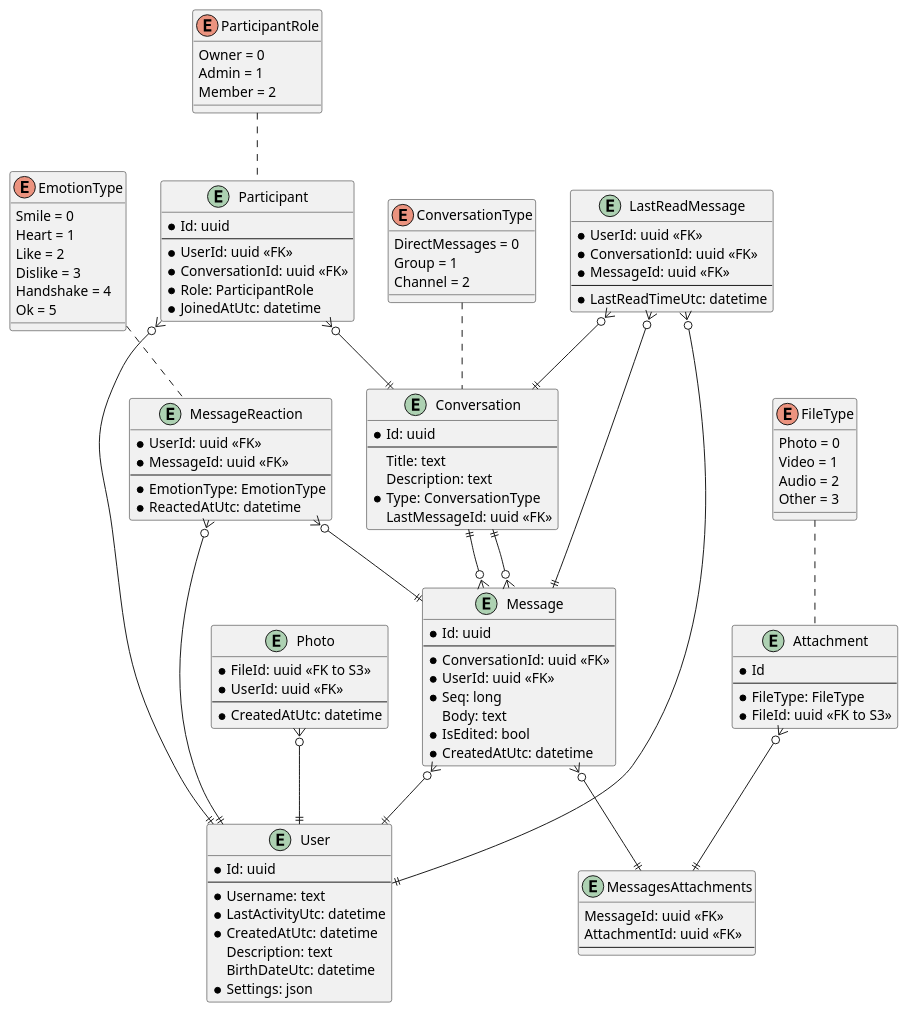
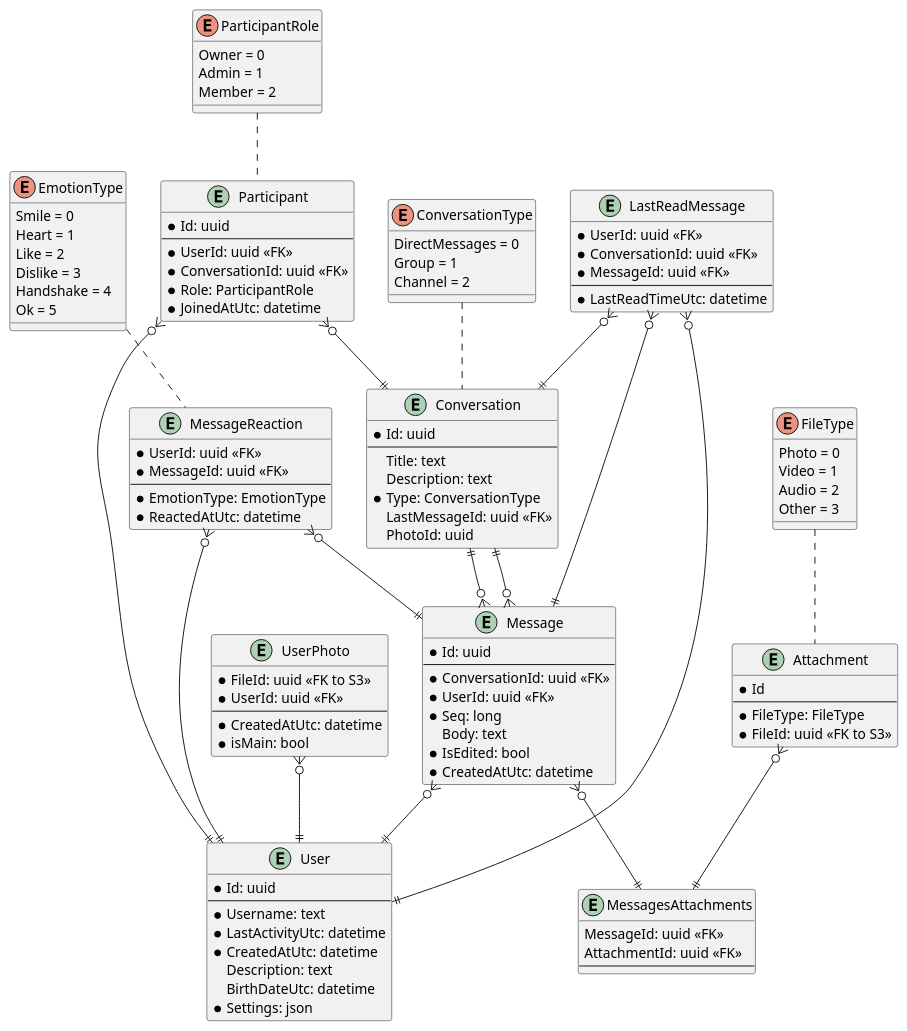
Before and after one commit to dkovban/pet-chat: the diagram in Docs/PetChat.DatabaseDesign/DbDesign.puml, drawn with PlantUML. The commit also changed 9 other files, not shown here.

```diff
--- a/Docs/PetChat.DatabaseDesign/DbDesign.puml
+++ b/Docs/PetChat.DatabaseDesign/DbDesign.puml
@@ -1,134 +1,136 @@
 @startuml USD
 
 enum ConversationType {
     DirectMessages = 0
     Group = 1
     Channel = 2
 }
 
 enum ParticipantRole {
     Owner = 0
     Admin = 1
     Member = 2
 }
 
 enum EmotionType {
     Smile = 0
     Heart = 1
     Like = 2
     Dislike = 3
     Handshake = 4
     Ok = 5
 }
 
 enum FileType {
     Photo = 0
     Video = 1
     Audio = 2
     Other = 3
 }
 
 entity User {
     * Id: uuid                                  /' Id пользователя '/
     --
     * Username: text                            /' Никнейм пользователя '/
     * LastActivityUtc: datetime                 /' Время последней активности пользователя '/
     * CreatedAtUtc: datetime                    /' Время регистрации аккаунта '/
     Description: text                           /' Описание пользователя '/
     BirthDateUtc: datetime                      /' Дата рождения пользователя '/
     * Settings: json                            /' Личные настройки пользователя '/
 }
 
 entity Conversation {
     * Id: uuid                                  /' Id разговора '/
     --
     Title: text                                 /' Наименование разговора '/
     Description: text                           /' Описание разговора '/
     * Type: ConversationType                    /' Тип разговора '/
     LastMessageId: uuid <<FK>>                  /' Id последнего сообщения в разговоре '/
+    PhotoId: uuid                               /' Id фотографии чата в S3 '/
 }
 
 entity Participant {
     * Id: uuid                                  /' Id участника разговора '/
     --
     * UserId: uuid <<FK>>                       /' Id пользователя '/
     * ConversationId: uuid <<FK>>               /' Id разговора '/
     * Role: ParticipantRole                     /' Роль участника разговора '/
     * JoinedAtUtc: datetime                     /' Время вступления в разговор '/
 }
 
 entity Message {
     * Id: uuid                                  /' Id сообщения '/
     --
     * ConversationId: uuid <<FK>>               /' Id разговора '/
     * UserId: uuid <<FK>>                       /' Id пользователя '/
     * Seq: long                                 /' Порядковый номер сообщения в разговоре '/
     Body: text                                  /' Текст сообщения '/
     * IsEdited: bool                            /' Флаг присутствия изменений в сообщении '/
     * CreatedAtUtc: datetime                    /' Время создания сообщения '/
 }
 
 entity MessagesAttachments
 {
     MessageId: uuid <<FK>>                      /' Id сообщения '/
     AttachmentId: uuid <<FK>>                   /' Id вложения '/
     --
 }
 
 entity LastReadMessage {
     * UserId: uuid <<FK>>                       /' Id пользователя '/
     * ConversationId: uuid <<FK>>               /' Id разговора '/
     * MessageId: uuid <<FK>>                    /' Id сообщения '/
     --
     * LastReadTimeUtc: datetime                 /' Время последнего прочтения '/
 }
 
 entity MessageReaction {
     * UserId: uuid <<FK>>                       /' Id пользователя '/
     * MessageId: uuid <<FK>>                    /' Id сообщения '/
     --
     * EmotionType: EmotionType                  /' Тип эмоции '/
     * ReactedAtUtc: datetime                    /' Время реакции '/
 }
 
 entity Attachment {
     * Id                                        /' Id приложения '/
     --
     * FileType: FileType                        /' Тип файла '/
     * FileId: uuid <<FK to S3>>                 /' Id файла в S3 '/
 }
 
-entity Photo
+entity UserPhoto
 {
-    * FileId: uuid <<FK to S3>>
-    * UserId: uuid <<FK>>
+    * FileId: uuid <<FK to S3>>                 /' Id файла в S3 '/
+    * UserId: uuid <<FK>>                       /' Id пользователя '/
     --
-    * CreatedAtUtc: datetime
+    * CreatedAtUtc: datetime                    /' Время создания записи '/
+    * isMain: bool                              /' Является ли фотография главной '/
 }
 
 ConversationType .. Conversation
 ParticipantRole .. Participant
 EmotionType .. MessageReaction
 FileType .. Attachment
 
 Participant }o--|| User
 Participant }o--|| Conversation
 
 Message }o--|| User
 Message }o--|| Conversation
 
 Conversation ||--o{ Message
 
 LastReadMessage }o--|| User
 LastReadMessage }o--|| Conversation
 LastReadMessage }o--|| Message
 
 MessageReaction }o--|| User
 MessageReaction }o--|| Message
 
 Attachment }o--|| MessagesAttachments
 Message }o--|| MessagesAttachments
 
-Photo }o--|| User
+UserPhoto }o--|| User
 
 @enduml
```
